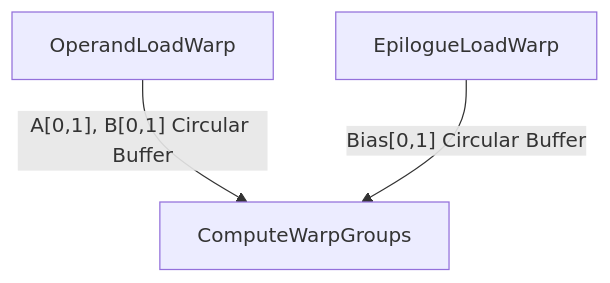
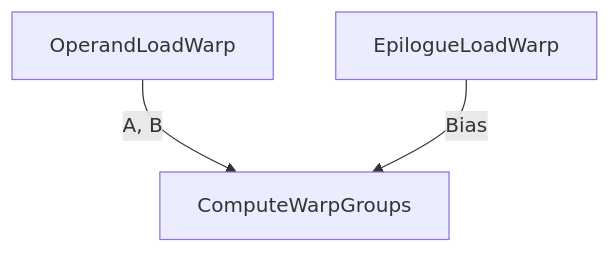
The first of 5 diagrams in doc/dev/MultiRoleWarpSpecializationPlan.md (NVIDIA/Fuser), drawn with Mermaid before and after one commit. The commit also changed other lines of this file, not shown here.

Commit message:
[AI] Add explanatory text linking dependency diagram to mbarrier synchronization

````diff
--- a/doc/dev/MultiRoleWarpSpecializationPlan.md
+++ b/doc/dev/MultiRoleWarpSpecializationPlan.md
@@ -151,11 +151,11 @@
 ```mermaid
 graph TD
-    OLW[OperandLoadWarp] --> |"A[0,1], B[0,1] Circular Buffer"| CW[ComputeWarpGroups]
-    ELW[EpilogueLoadWarp] --> |"Bias[0,1] Circular Buffer"| CW
+    OLW[OperandLoadWarp] --> |"A, B"| CW[ComputeWarpGroups]
+    ELW[EpilogueLoadWarp] --> |"Bias"| CW
     
     classDef asyncWarp fill:#lightblue
     classDef computeWarp fill:#lightgreen
     
     class OLW,ELW asyncWarp
     class CW computeWarp
 ```
````
